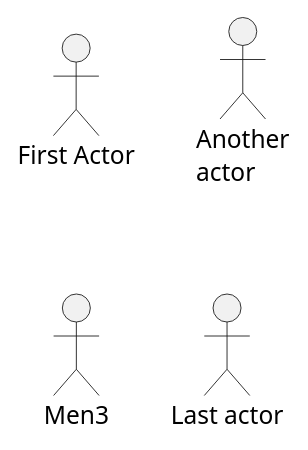
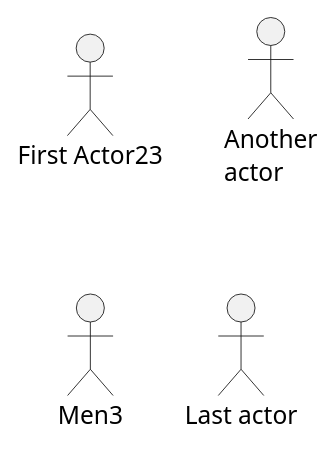
One commit to hirosige/node_plantuml changed the diagram in src/plantuml/use_case/sample/actor.pu. Above: the diagram before and after it, drawn with PlantUML. The commit also changed 4 other files, not shown here.

```diff
--- a/src/plantuml/use_case/sample/actor.pu
+++ b/src/plantuml/use_case/sample/actor.pu
@@ -1,8 +1,8 @@
 @startuml
 
-:First Actor:
+:First Actor23:
 :Another\nactor: as Men2
 actor Men3
 actor :Last actor: as Men4
 
 @enduml
```
